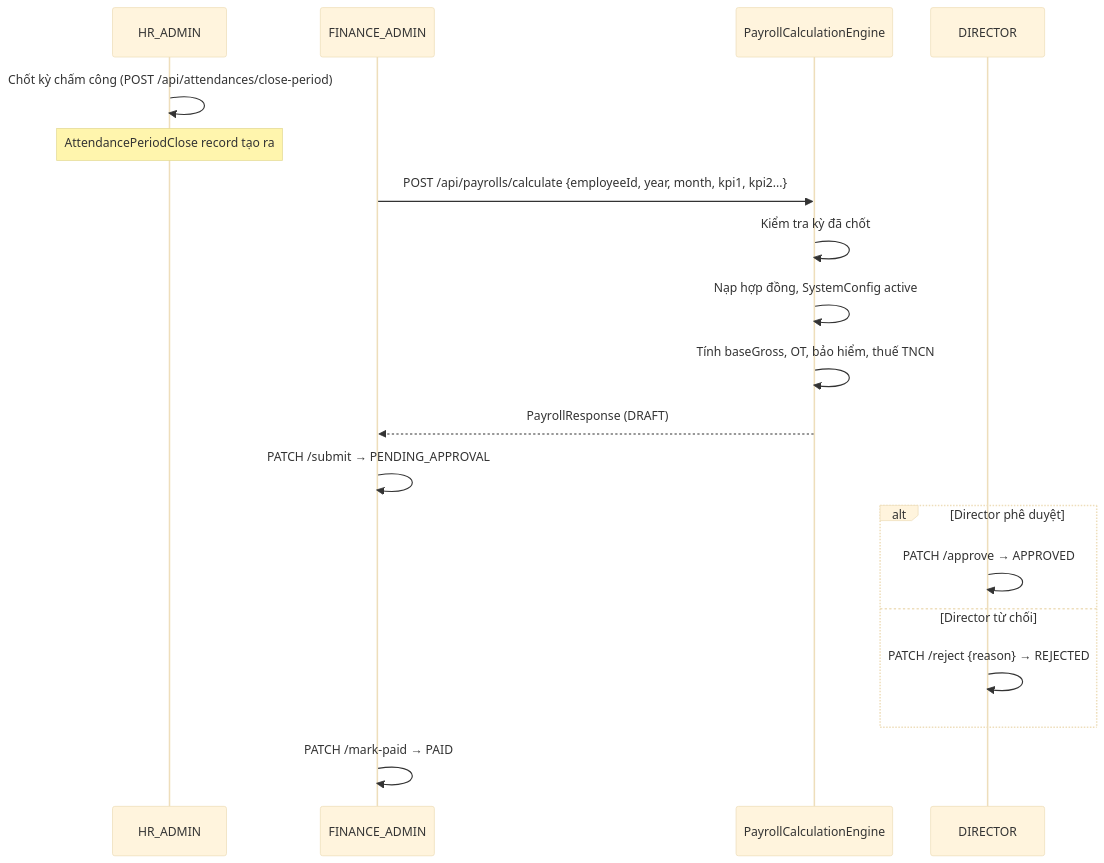
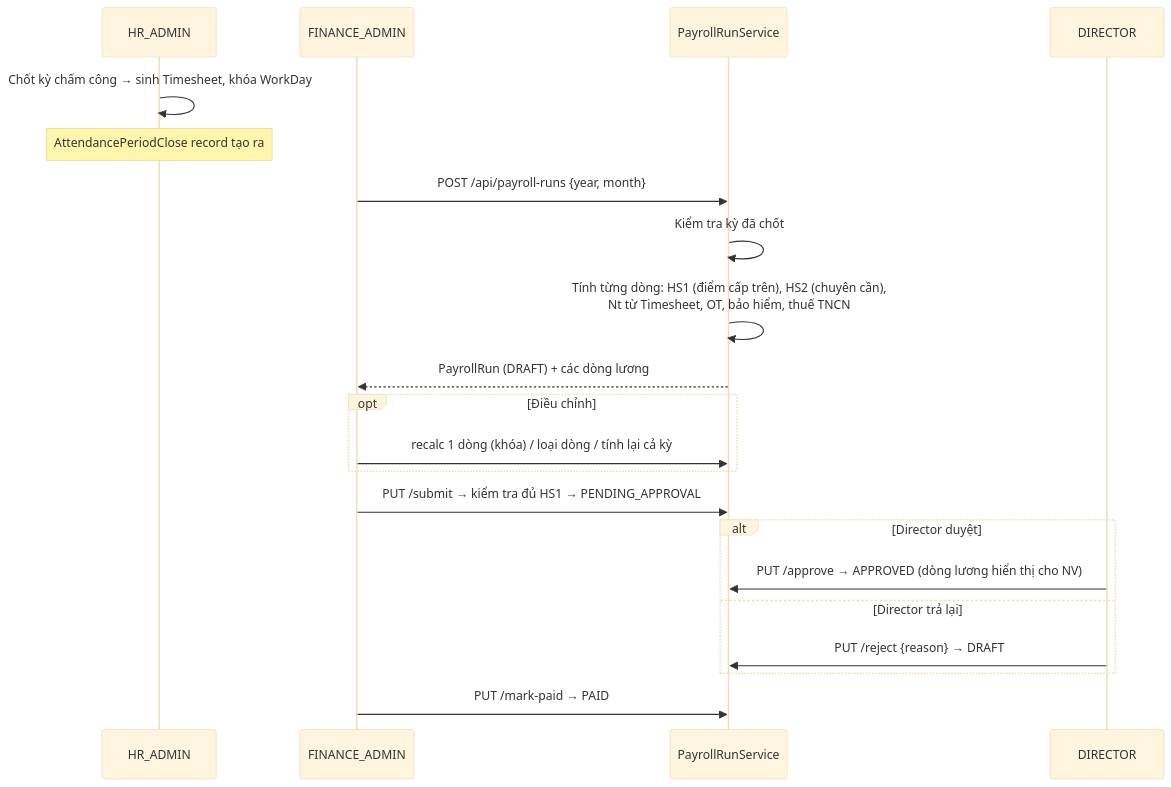
Before and after one commit to NBachTH/HRMS: the tenth of 19 diagrams in docs/DATN_20204812_NguyenThanhBach/DATN_20204812_NguyenThanhBach.md, drawn with Mermaid (base theme). The commit also changed other lines of this file and 88 other files, not shown here.

Commit message:
fix Contract, Payroll Run flow

````diff
--- a/docs/DATN_20204812_NguyenThanhBach/DATN_20204812_NguyenThanhBach.md
+++ b/docs/DATN_20204812_NguyenThanhBach/DATN_20204812_NguyenThanhBach.md
@@ -416,22 +418,24 @@
 ```mermaid
 sequenceDiagram
     participant HR as HR_ADMIN
     participant FIN as FINANCE_ADMIN
-    participant PCE as PayrollCalculationEngine
+    participant PRS as PayrollRunService
     participant DIR as DIRECTOR
 
-    HR->>HR: Chốt kỳ chấm công (POST /api/attendances/close-period)
+    HR->>HR: Chốt kỳ chấm công → sinh Timesheet, khóa WorkDay
     Note over HR: AttendancePeriodClose record tạo ra
-    FIN->>PCE: POST /api/payrolls/calculate {employeeId, year, month, kpi1, kpi2...}
-    PCE->>PCE: Kiểm tra kỳ đã chốt
-    PCE->>PCE: Nạp hợp đồng, SystemConfig active
-    PCE->>PCE: Tính baseGross, OT, bảo hiểm, thuế TNCN
-    PCE-->>FIN: PayrollResponse (DRAFT)
-    FIN->>FIN: PATCH /submit → PENDING_APPROVAL
-    alt Director phê duyệt
-        DIR->>DIR: PATCH /approve → APPROVED
-    else Director từ chối
-        DIR->>DIR: PATCH /reject {reason} → REJECTED
+    FIN->>PRS: POST /api/payroll-runs {year, month}
+    PRS->>PRS: Kiểm tra kỳ đã chốt
+    PRS->>PRS: Tính từng dòng: HS1 (điểm cấp trên), HS2 (chuyên cần),<br/>Nt từ Timesheet, OT, bảo hiểm, thuế TNCN
+    PRS-->>FIN: PayrollRun (DRAFT) + các dòng lương
+    opt Điều chỉnh
+        FIN->>PRS: recalc 1 dòng (khóa) / loại dòng / tính lại cả kỳ
     end
-    FIN->>FIN: PATCH /mark-paid → PAID
+    FIN->>PRS: PUT /submit → kiểm tra đủ HS1 → PENDING_APPROVAL
+    alt Director duyệt
+        DIR->>PRS: PUT /approve → APPROVED (dòng lương hiển thị cho NV)
+    else Director trả lại
+        DIR->>PRS: PUT /reject {reason} → DRAFT
+    end
+    FIN->>PRS: PUT /mark-paid → PAID
 ```
````
